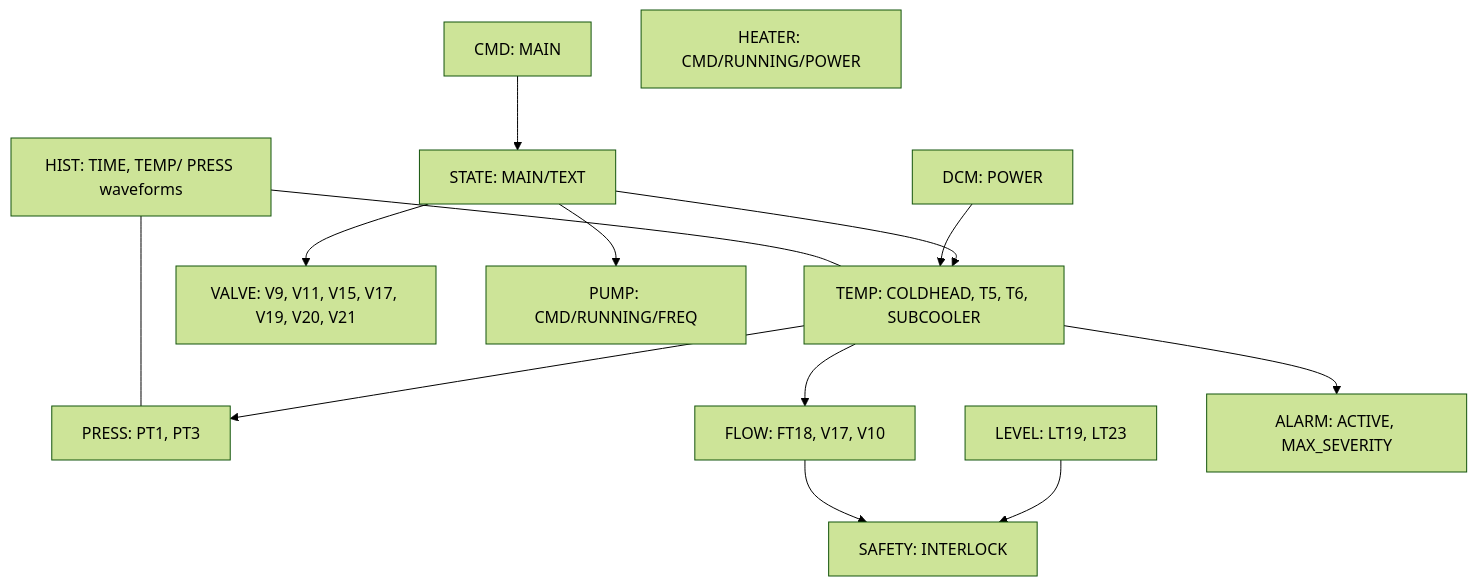
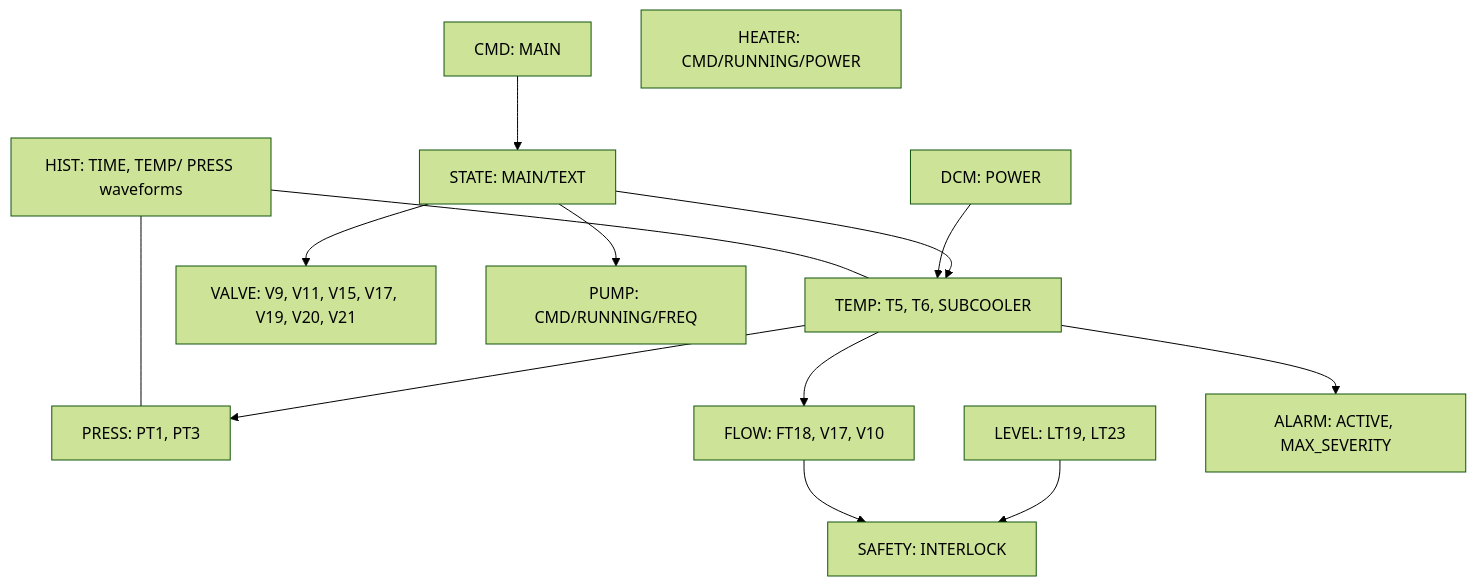
The diagram in docs/mermaid/pv_map.mmd (verysys-pal/DCM_CCV2), drawn with Mermaid (forest theme) before and after one commit. The commit also changed 35 other files, not shown here.

```diff
--- a/docs/mermaid/pv_map.mmd
+++ b/docs/mermaid/pv_map.mmd
@@ -1,28 +1,28 @@
 %% Key PV groups overview
 flowchart TB
   STATE[STATE: MAIN/TEXT]
   CMD[CMD: MAIN]
-  TEMP[TEMP: COLDHEAD, T5, T6, SUBCOOLER]
+  TEMP[TEMP: T5, T6, SUBCOOLER]
   PRESS[PRESS: PT1, PT3]
   LEVEL[LEVEL: LT19, LT23]
   FLOW[FLOW: FT18, V17, V10]
   VALVES[VALVE: V9, V11, V15, V17, V19, V20, V21]
   PUMP[PUMP: CMD/RUNNING/FREQ]
   HEATER[HEATER: CMD/RUNNING/POWER]
   ALARM[ALARM: ACTIVE, MAX_SEVERITY]
   SAFETY[SAFETY: INTERLOCK]
   HIST[HIST: TIME, TEMP/ PRESS waveforms]
   DCM[DCM: POWER]
 
   CMD --> STATE
   STATE --> TEMP
   STATE --> PUMP
   STATE --> VALVES
   TEMP --> PRESS
   TEMP --> FLOW
   LEVEL --> SAFETY
   FLOW --> SAFETY
   TEMP --> ALARM
   DCM --> TEMP
   HIST --- TEMP
   HIST --- PRESS
```
